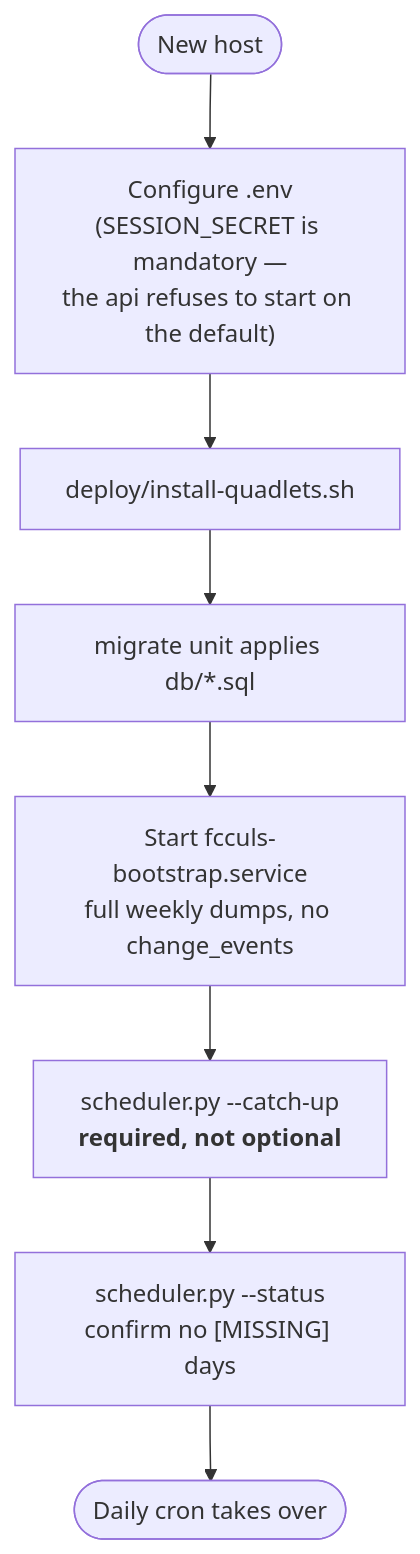
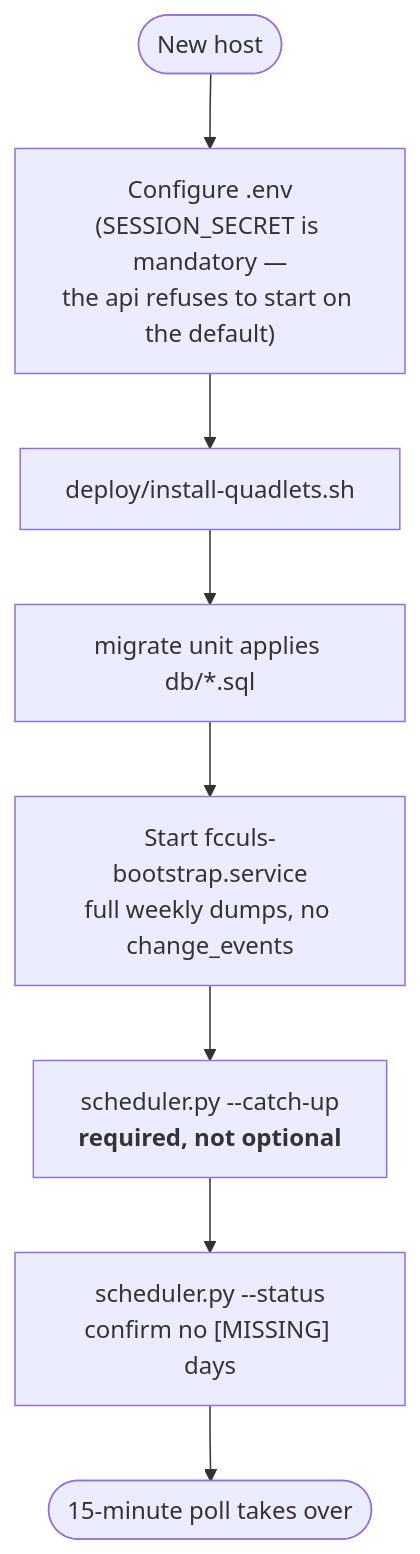
Before and after one commit to n00tz/fcculs-explorer: diagram 15 of 17 in docs/architecture.md, drawn with Mermaid. The commit also changed other lines of this file and 19 other files, not shown here.

````diff
--- a/docs/architecture.md
+++ b/docs/architecture.md
@@ -795,10 +869,10 @@
 ```mermaid
 flowchart TD
     a(["New host"]) --> b["Configure .env<br/>(SESSION_SECRET is mandatory —<br/>the api refuses to start on the default)"]
     b --> c["deploy/install-quadlets.sh"]
     c --> d["migrate unit applies db/*.sql"]
     d --> e["Start fcculs-bootstrap.service<br/>full weekly dumps, no change_events"]
     e --> f["scheduler.py --catch-up<br/><b>required, not optional</b>"]
     f --> g["scheduler.py --status<br/>confirm no [MISSING] days"]
-    g --> h(["Daily cron takes over"])
+    g --> h(["15-minute poll takes over"])
 ```
````
